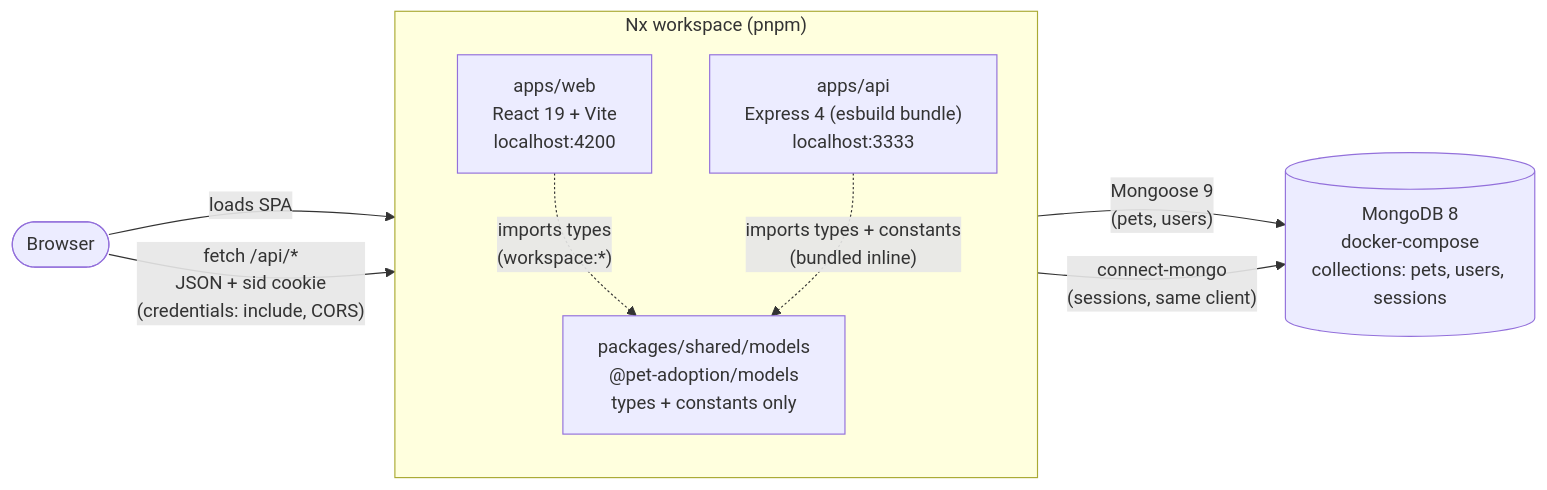
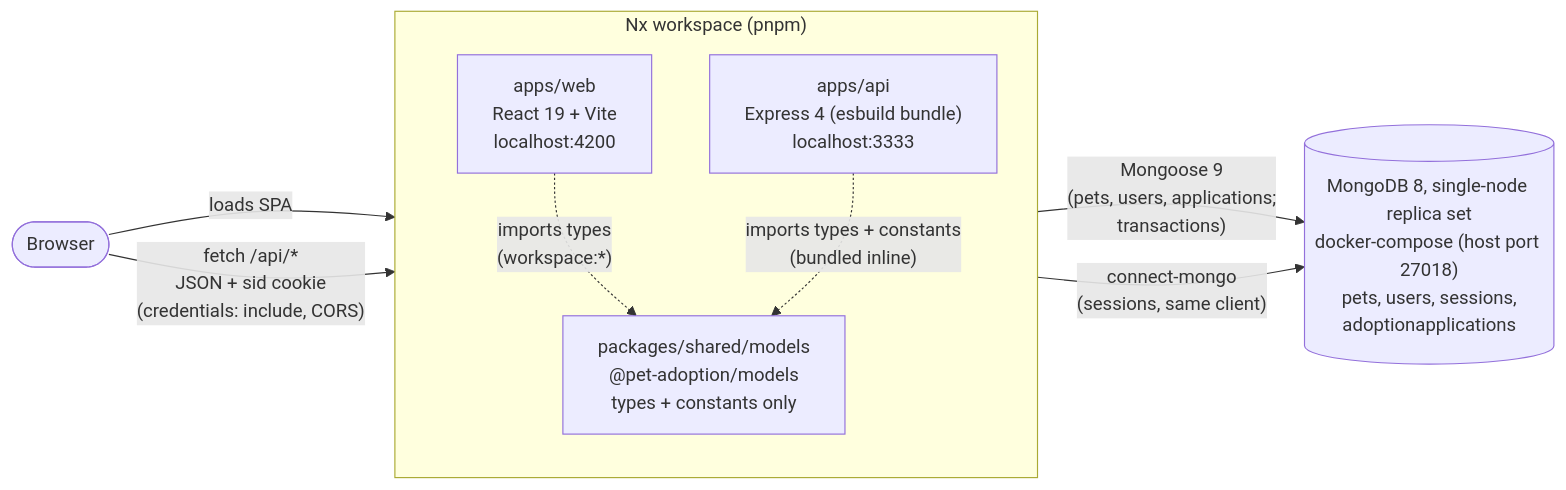
Before and after one commit to BojanSovtic/pet-adoption-system: the first of 9 diagrams in docs/architecture.md, drawn with Mermaid. The commit also changed other lines of this file and 47 other files, not shown here.

First line of the commit message:
feat: add adoption applications with state machines and transactions

````diff
--- a/docs/architecture.md
+++ b/docs/architecture.md
@@ -9,19 +9,19 @@
 ```mermaid
 flowchart LR
   subgraph nx["Nx workspace (pnpm)"]
     direction TB
     web["apps/web<br/>React 19 + Vite<br/>localhost:4200"]
     api["apps/api<br/>Express 4 (esbuild bundle)<br/>localhost:3333"]
     models["packages/shared/models<br/>@pet-adoption/models<br/>types + constants only"]
   end
 
   browser(["Browser"])
-  mongo[("MongoDB 8<br/>docker-compose<br/>collections: pets, users, sessions")]
+  mongo[("MongoDB 8, single-node replica set<br/>docker-compose (host port 27018)<br/>pets, users, sessions,<br/>adoptionapplications")]
 
   browser -- "loads SPA" --> web
   browser -- "fetch /api/*<br/>JSON + sid cookie<br/>(credentials: include, CORS)" --> api
   web -. "imports types<br/>(workspace:*)" .-> models
   api -. "imports types + constants<br/>(bundled inline)" .-> models
-  api -- "Mongoose 9<br/>(pets, users)" --> mongo
+  api -- "Mongoose 9<br/>(pets, users, applications;<br/>transactions)" --> mongo
   api -- "connect-mongo<br/>(sessions, same client)" --> mongo
 ```
````
